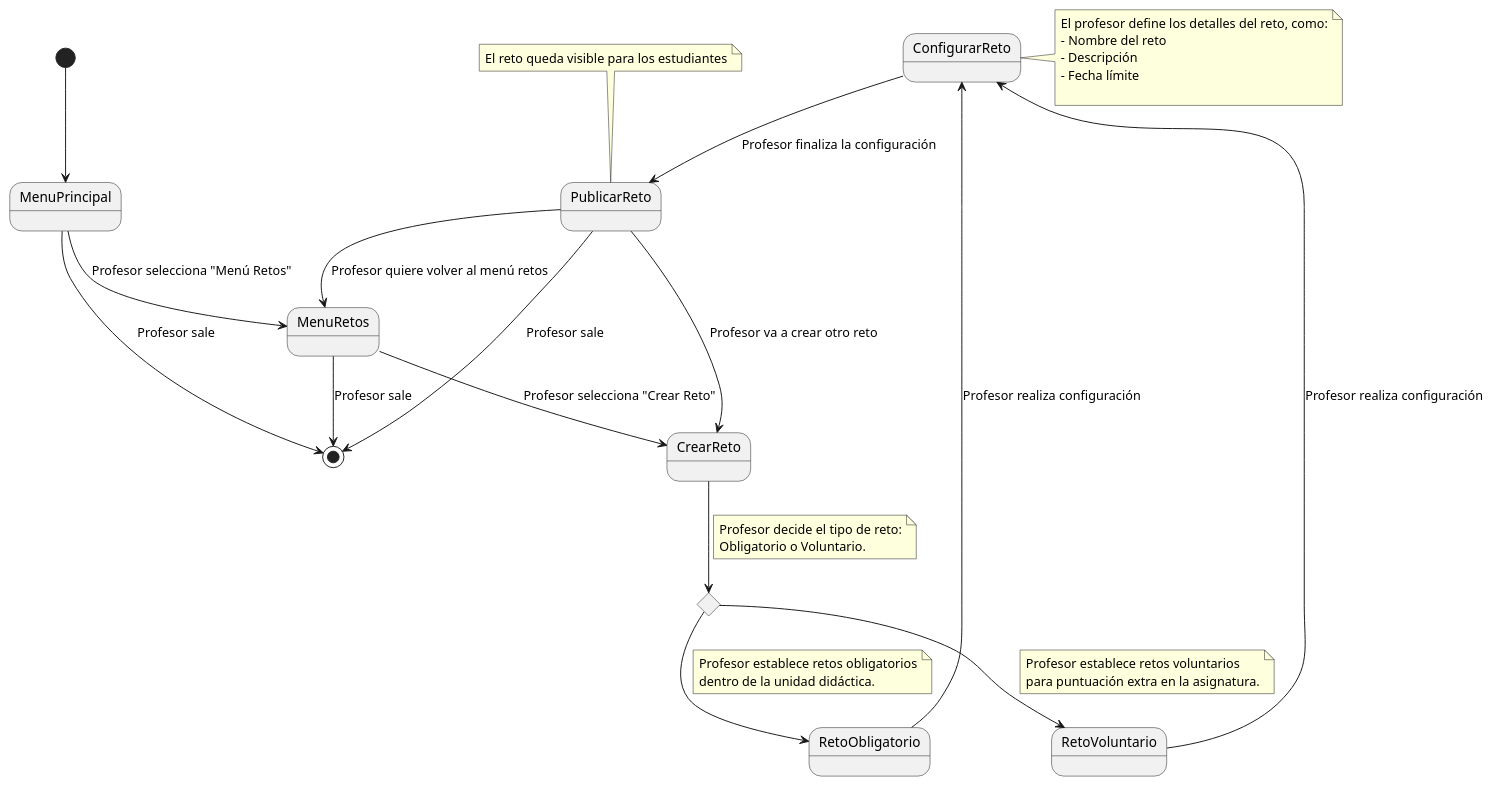
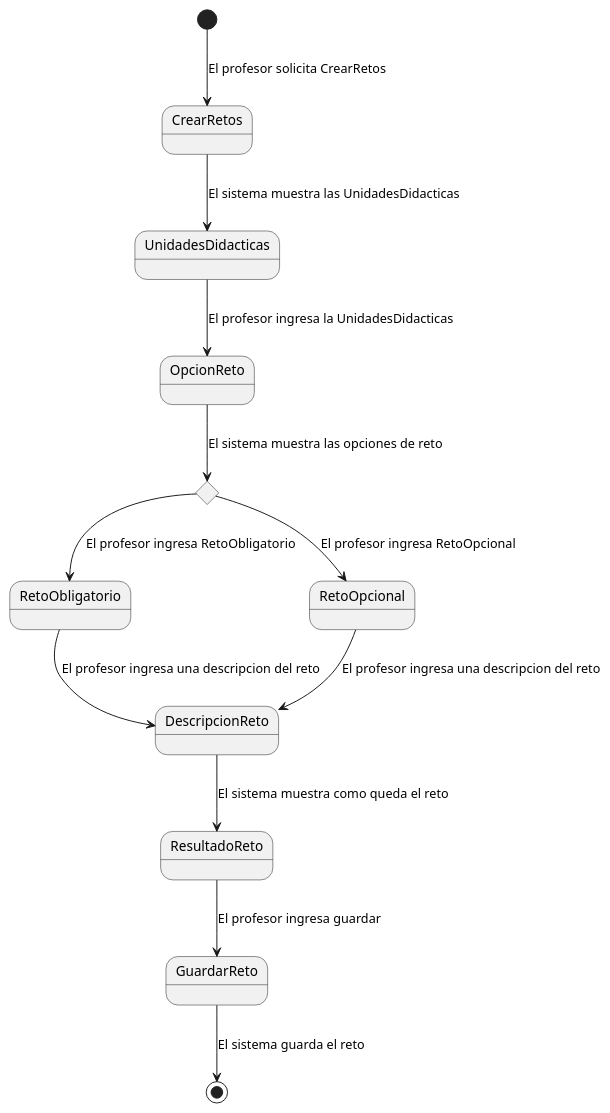
Before and after one commit to mmasias/24-25-IdSw1-SDR: the diagram in Documentos/DetallarCasosDeUso/CrearRetos.puml, drawn with PlantUML. The commit also changed 1 other file, not shown here.

Commit message:
Crear Retos

```diff
--- a/Documentos/DetallarCasosDeUso/CrearRetos.puml
+++ b/Documentos/DetallarCasosDeUso/CrearRetos.puml
@@ -1,51 +1,16 @@
 @startuml
 
-[*] --> MenuPrincipal
-
-MenuPrincipal --> MenuRetos : Profesor selecciona "Menú Retos"
-MenuPrincipal --> [*] : Profesor sale
-
-MenuRetos --> CrearReto : Profesor selecciona "Crear Reto"
-MenuRetos --> [*] : Profesor sale
-
-state TipoDeReto <<choice>>
-CrearReto --> TipoDeReto
-note on link
-    Profesor decide el tipo de reto:
-    Obligatorio o Voluntario.
-end note 
-
-TipoDeReto --> RetoObligatorio
-note on link
-    Profesor establece retos obligatorios
-    dentro de la unidad didáctica.
-end note 
-
-TipoDeReto --> RetoVoluntario
-note on link
-    Profesor establece retos voluntarios
-    para puntuación extra en la asignatura.
-end note 
-
-RetoObligatorio --> ConfigurarReto : Profesor realiza configuración
-RetoVoluntario --> ConfigurarReto : Profesor realiza configuración
-note right of ConfigurarReto
-    El profesor define los detalles del reto, como:
-    - Nombre del reto
-    - Descripción
-    - Fecha límite
-
-end note
-
-ConfigurarReto --> PublicarReto : Profesor finaliza la configuración
-
-
-note top of PublicarReto
-    El reto queda visible para los estudiantes
-end note
-
-PublicarReto --> CrearReto : Profesor va a crear otro reto
-PublicarReto --> MenuRetos : Profesor quiere volver al menú retos
-PublicarReto --> [*] : Profesor sale
+[*] --> CrearRetos : El profesor solicita CrearRetos
+CrearRetos --> UnidadesDidacticas : El sistema muestra las UnidadesDidacticas
+UnidadesDidacticas --> OpcionReto : El profesor ingresa la UnidadesDidacticas
+state reto <<choice>>
+OpcionReto --> reto : El sistema muestra las opciones de reto
+reto --> RetoObligatorio : El profesor ingresa RetoObligatorio
+reto --> RetoOpcional : El profesor ingresa RetoOpcional
+RetoObligatorio --> DescripcionReto : El profesor ingresa una descripcion del reto
+RetoOpcional --> DescripcionReto : El profesor ingresa una descripcion del reto
+DescripcionReto --> ResultadoReto : El sistema muestra como queda el reto
+ResultadoReto --> GuardarReto : El profesor ingresa guardar
+GuardarReto --> [*] : El sistema guarda el reto
 
 @enduml
```
